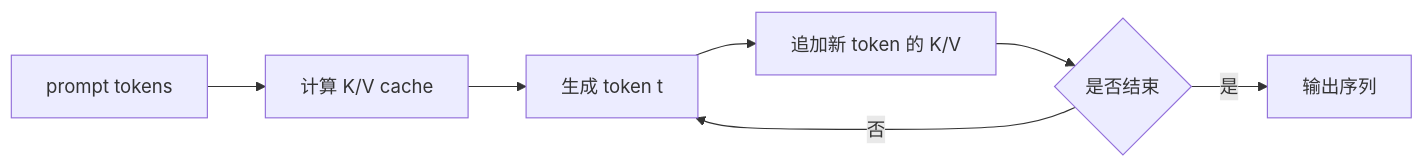
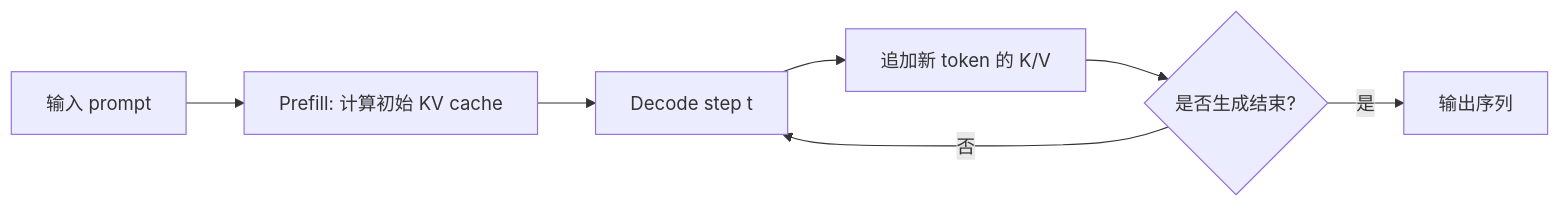
One commit to Faione/notebook changed the third of 3 diagrams in papers/attention_is_all_you_need/transformer_algorithm_and_cuda.md. Above: the diagram before and after it, drawn with Mermaid. The commit also changed other lines of this file and 6 other files, not shown here.

````diff
--- a/papers/attention_is_all_you_need/transformer_algorithm_and_cuda.md
+++ b/papers/attention_is_all_you_need/transformer_algorithm_and_cuda.md
@@ -173,9 +156,9 @@
 ```mermaid
 flowchart LR
-    A["prompt tokens"] --> B["计算 K/V cache"]
-    B --> C["生成 token t"]
+    A["输入 prompt"] --> B["Prefill: 计算初始 KV cache"]
+    B --> C["Decode step t"]
     C --> D["追加新 token 的 K/V"]
-    D --> E{"是否结束"}
+    D --> E{"是否生成结束?"}
     E -- "否" --> C
     E -- "是" --> F["输出序列"]
 ```
````
